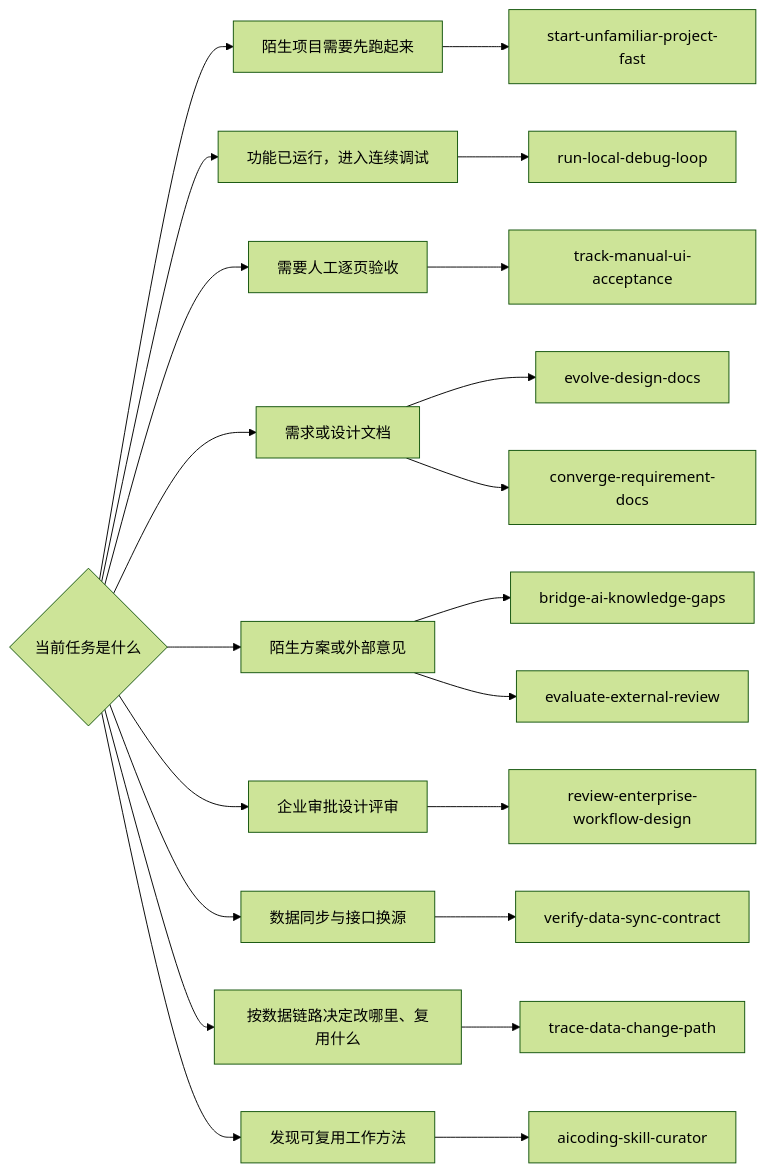
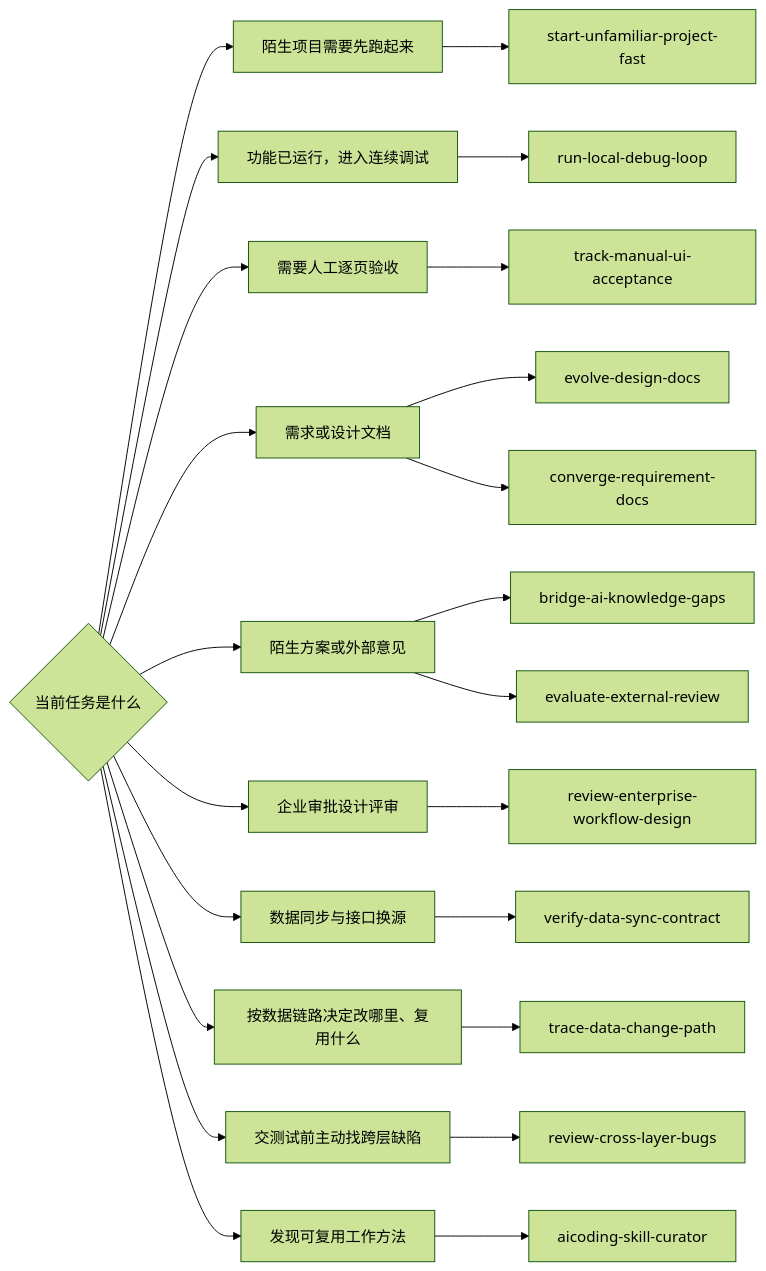
The diagram in README.md (KelvinFanXian/aicoding), drawn with Mermaid (forest theme) before and after one commit. The commit also changed other lines of this file and 3 other files, not shown here.

````diff
--- a/README.md
+++ b/README.md
@@ -44,24 +45,26 @@
 ```mermaid
 flowchart LR
     Q{当前任务是什么}
     Q --> A[陌生项目需要先跑起来]
     A --> A1[start-unfamiliar-project-fast]
     Q --> B[功能已运行，进入连续调试]
     B --> B1[run-local-debug-loop]
     Q --> C[需要人工逐页验收]
     C --> C1[track-manual-ui-acceptance]
     Q --> D[需求或设计文档]
     D --> D1[evolve-design-docs]
     D --> D2[converge-requirement-docs]
     Q --> E[陌生方案或外部意见]
     E --> E1[bridge-ai-knowledge-gaps]
     E --> E2[evaluate-external-review]
     Q --> F[企业审批设计评审]
     F --> F1[review-enterprise-workflow-design]
     Q --> H[数据同步与接口换源]
     H --> H1[verify-data-sync-contract]
     Q --> I[按数据链路决定改哪里、复用什么]
     I --> I1[trace-data-change-path]
+    Q --> J[交测试前主动找跨层缺陷]
+    J --> J1[review-cross-layer-bugs]
     Q --> G[发现可复用工作方法]
     G --> G1[aicoding-skill-curator]
 ```
````
